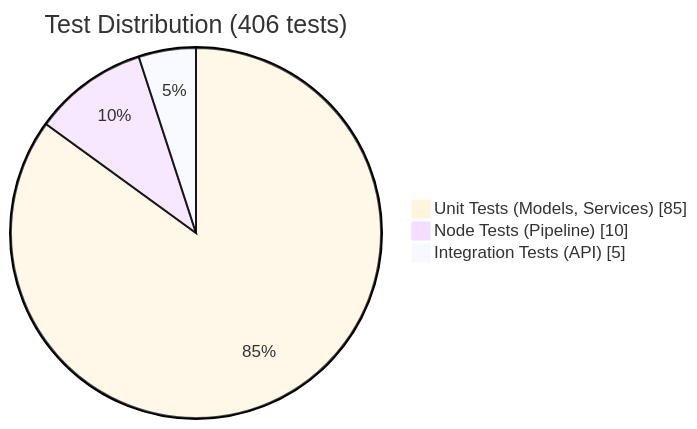
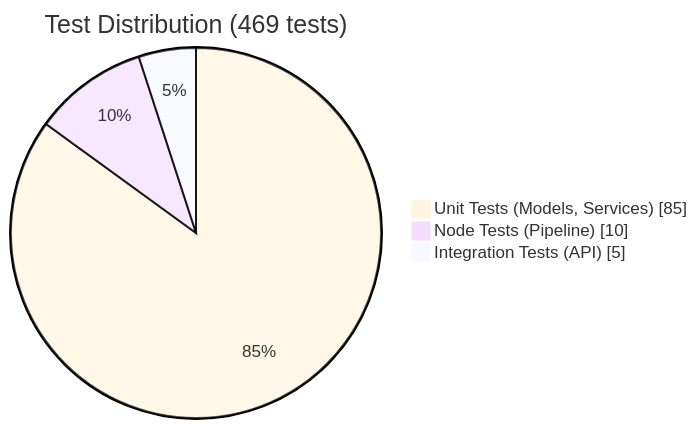
Diagram 15 of 26 in docs/codebase-summary.md (darth-dodo/hn-herald), drawn with Mermaid before and after one commit. The commit also changed other lines of this file and 1 other file, not shown here.

First line of the commit message:
docs: fix test count (469 verified via pytest --collect-only)

````diff
--- a/docs/codebase-summary.md
+++ b/docs/codebase-summary.md
@@ -869,8 +869,8 @@
 ```mermaid
 %%{init: {'theme': 'base', 'themeVariables': { 'fontSize': '14px'}}}%%
 pie showData
-    title Test Distribution (406 tests)
+    title Test Distribution (469 tests)
     "Unit Tests (Models, Services)" : 85
     "Node Tests (Pipeline)" : 10
     "Integration Tests (API)" : 5
 ```
````
